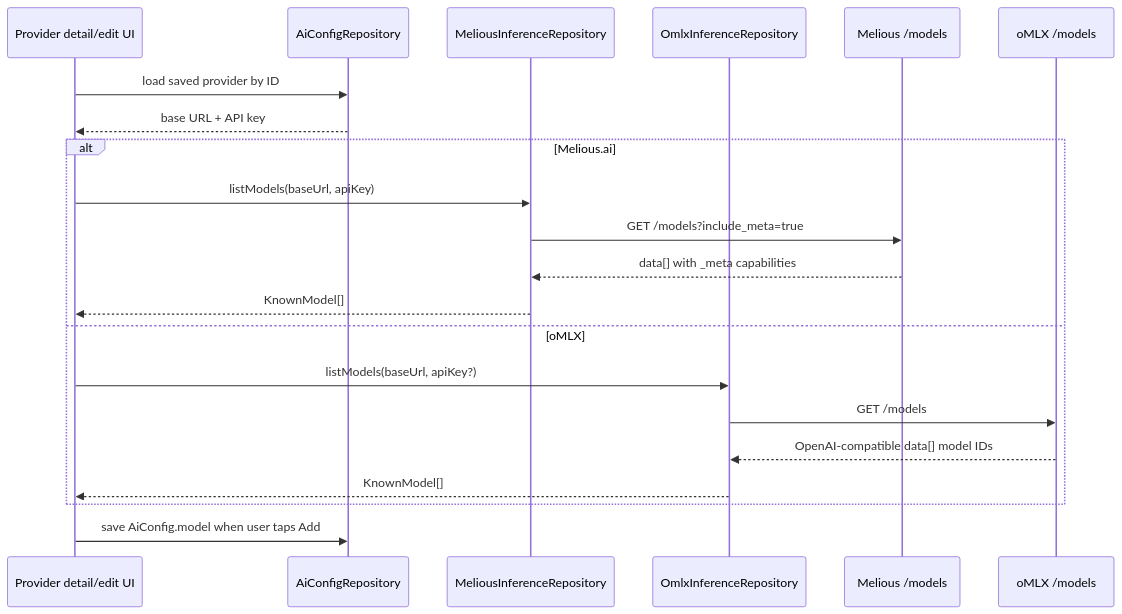
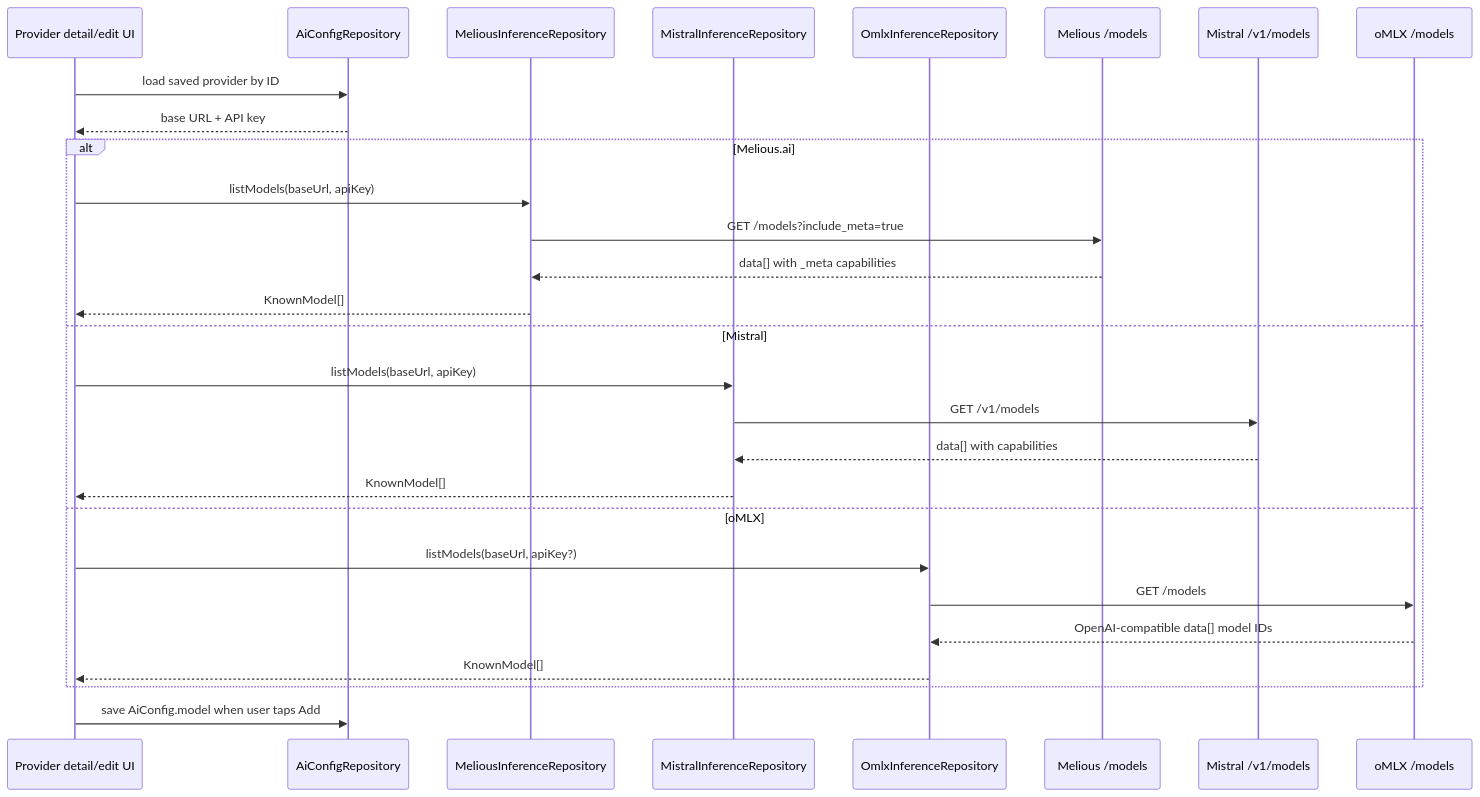
Before and after one commit to matthiasn/lotti: the second of 3 diagrams in lib/features/ai/ui/settings/README.md, drawn with Mermaid. The commit also changed other lines of this file and 26 other files, not shown here.

Commit message:
feat: add Mistral dynamic model catalog + reorder provider detail sections (#3394)

````diff
--- a/lib/features/ai/ui/settings/README.md
+++ b/lib/features/ai/ui/settings/README.md
@@ -219,24 +220,31 @@
 ```mermaid
 sequenceDiagram
   participant UI as Provider detail/edit UI
   participant Repo as AiConfigRepository
   participant Melious as MeliousInferenceRepository
+  participant Mistral as MistralInferenceRepository
   participant Omlx as OmlxInferenceRepository
   participant API as Melious /models
+  participant MistralAPI as Mistral /v1/models
   participant Local as oMLX /models
 
   UI->>Repo: load saved provider by ID
   Repo-->>UI: base URL + API key
   alt Melious.ai
   UI->>Melious: listModels(baseUrl, apiKey)
   Melious->>API: GET /models?include_meta=true
   API-->>Melious: data[] with _meta capabilities
   Melious-->>UI: KnownModel[]
+  else Mistral
+  UI->>Mistral: listModels(baseUrl, apiKey)
+  Mistral->>MistralAPI: GET /v1/models
+  MistralAPI-->>Mistral: data[] with capabilities
+  Mistral-->>UI: KnownModel[]
   else oMLX
   UI->>Omlx: listModels(baseUrl, apiKey?)
   Omlx->>Local: GET /models
   Local-->>Omlx: OpenAI-compatible data[] model IDs
   Omlx-->>UI: KnownModel[]
   end
   UI->>Repo: save AiConfig.model when user taps Add
 ```
````
